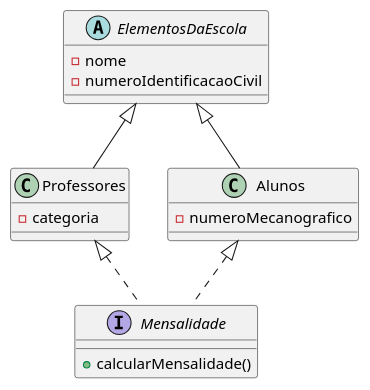
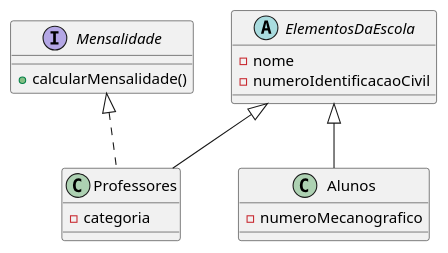
The diagram in target/classes/DiagramaDeClasseUML.puml (teixeiranh/PPROG-PL4B), drawn with PlantUML before and after one commit. The commit also changed 12 other files, not shown here.

```diff
--- a/target/classes/DiagramaDeClasseUML.puml
+++ b/target/classes/DiagramaDeClasseUML.puml
@@ -1,25 +1,25 @@
 @startuml
 'https://plantuml.com/class-diagram
 
 abstract class ElementosDaEscola{
 -nome
 -numeroIdentificacaoCivil
 }
 
 class Professores{
 -categoria
 }
 class Alunos{
 -numeroMecanografico
 }
 interface Mensalidade{
 +calcularMensalidade()
 }
 
 ElementosDaEscola <|-- Professores
 ElementosDaEscola <|-- Alunos
 
-Professores <|.. Mensalidade
-Alunos <|.. Mensalidade
+Mensalidade <|.. Professores
+'Alunos <|.. Mensalidade
 
 @enduml
```
